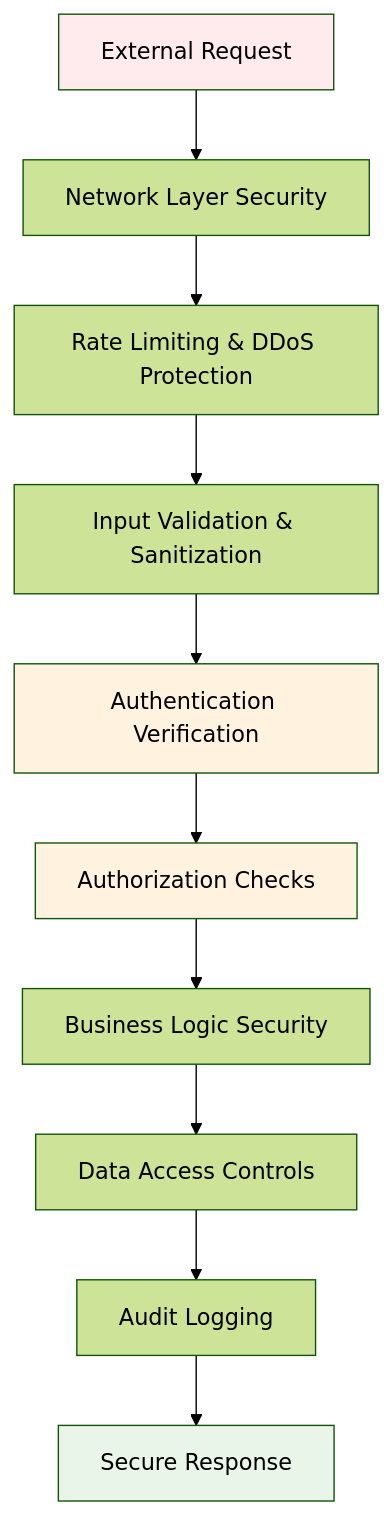
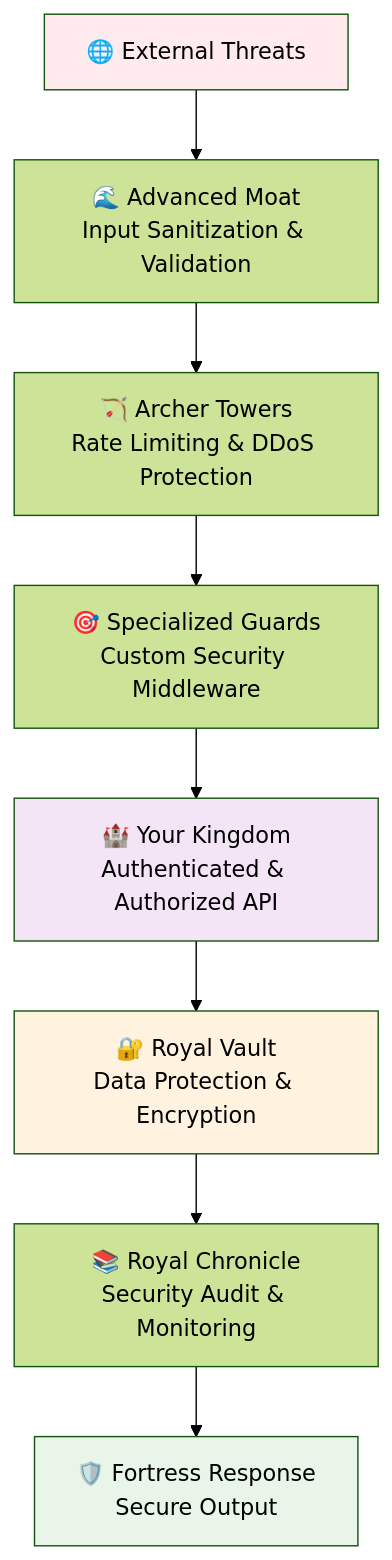
The first of 5 diagrams in app/docs/03_intermediate/05-security-considerations/page.mdx (ridwanspace/restful-fastapi-guideline), drawn with Mermaid (forest theme) before and after one commit. The commit also changed other lines of this file, not shown here.

First line of the commit message:
Docs: Revamp security hardening guide with fortress analogy

````diff
--- a/app/docs/03_intermediate/05-security-considerations/page.mdx
+++ b/app/docs/03_intermediate/05-security-considerations/page.mdx
@@ -11,17 +13,15 @@
 ```mermaid
 graph TD
-    A[External Request] --> B[Network Layer Security]
-    B --> C[Rate Limiting & DDoS Protection]
-    C --> D[Input Validation & Sanitization]
-    D --> E[Authentication Verification]
-    E --> F[Authorization Checks]
-    F --> G[Business Logic Security]
-    G --> H[Data Access Controls]
-    H --> I[Audit Logging]
-    I --> J[Secure Response]
+    A[🌐 External Threats] --> B[🌊 Advanced Moat<br/>Input Sanitization & Validation]
+    B --> C[🏹 Archer Towers<br/>Rate Limiting & DDoS Protection]
+    C --> D[🎯 Specialized Guards<br/>Custom Security Middleware]
+    D --> E[🏰 Your Kingdom<br/>Authenticated & Authorized API]
+    E --> F[🔐 Royal Vault<br/>Data Protection & Encryption]
+    F --> G[📚 Royal Chronicle<br/>Security Audit & Monitoring]
+    G --> H[🛡️ Fortress Response<br/>Secure Output]
     
     style A fill:#ffebee
-    style J fill:#e8f5e8
-    style E fill:#fff3e0
+    style H fill:#e8f5e8
+    style E fill:#f3e5f5
     style F fill:#fff3e0
 ```
````
